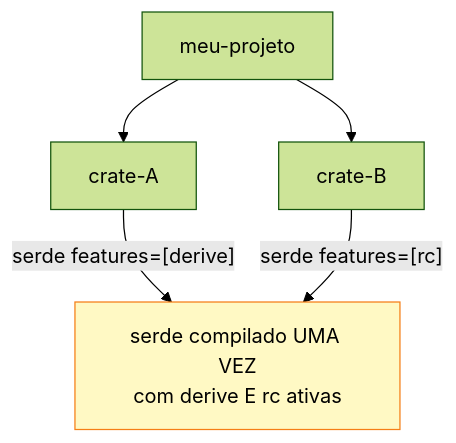
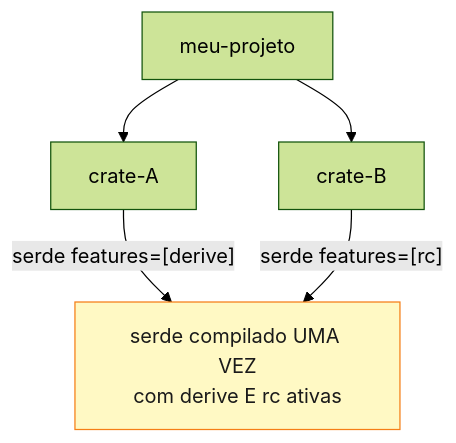
One commit to Felipeness/ferro-e-espirito changed the diagram in book/part-16-ecosystem/ch46-workspaces-features.md. Above: the diagram before and after it, drawn with Mermaid (forest theme). The commit also changed 56 other files, not shown here.

First line of the commit message:
fix: contraste de texto em diagramas mermaid

````diff
--- a/book/part-16-ecosystem/ch46-workspaces-features.md
+++ b/book/part-16-ecosystem/ch46-workspaces-features.md
@@ -316,10 +316,10 @@
 ```mermaid
 graph TB
     Meu[meu-projeto] --> A[crate-A]
     Meu --> B[crate-B]
     A -->|"serde features=[derive]"| Serde
     B -->|"serde features=[rc]"| Serde
     Serde[serde compilado UMA VEZ<br/>com derive E rc ativas]
 
-    style Serde fill:#fff9c4,stroke:#f57f17
+    style Serde fill:#fff9c4,stroke:#f57f17,color:#1a1a1a
 ```
````
